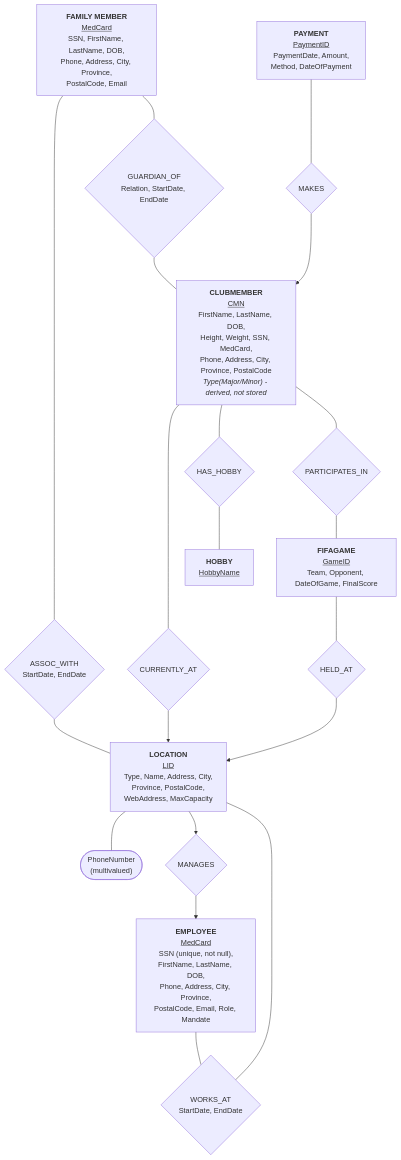
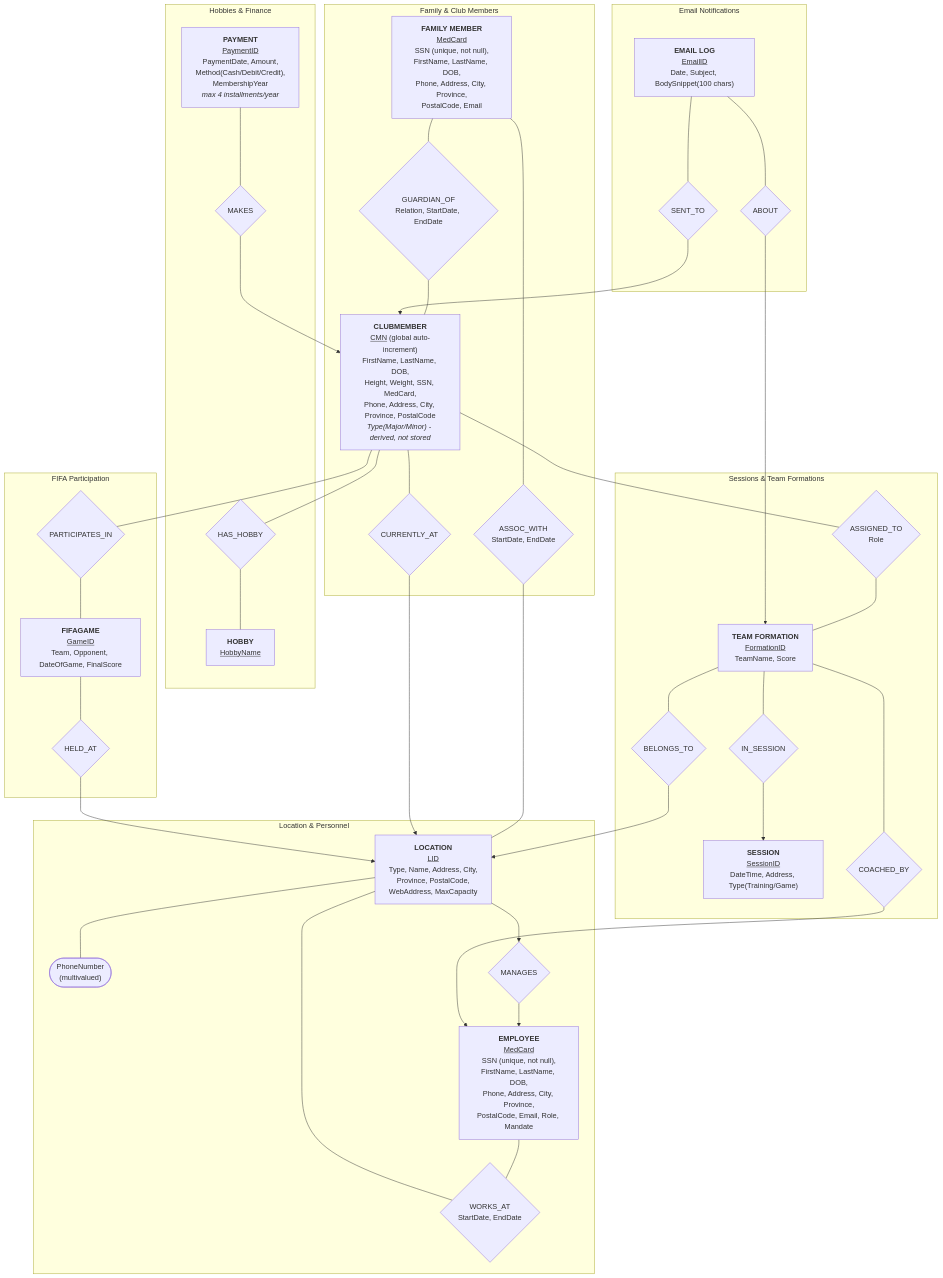
Before and after one commit to Ach57/cscs-db-353: the diagram in docs/CSCS-ER-Model.md, drawn with Mermaid. The commit also changed other lines of this file and 1 other file, not shown here.

Commit message:
Finalized new ER model and added all constraints that must be addressed. These constraints won't be applied just by using the ER Model, but will need to be taken into considerations in the schema creations/modifications.
What was added:
Email notification section:
- EMAIL LOG new entity
- TEAM FORMATION new entity
- SESSION new entity

````diff
--- a/docs/CSCS-ER-Model.md
+++ b/docs/CSCS-ER-Model.md
@@ -7,69 +5,91 @@
 ```mermaid
 flowchart TD
 
-%% ===== ENTITIES =====
+%% ===== LOCATION & PERSONNEL =====
+subgraph LOC_PERSONNEL["Location & Personnel"]
 LOCATION["<b>LOCATION</b><br/><u>LID</u><br/>Type, Name, Address, City,<br/>Province, PostalCode,<br/>WebAddress, MaxCapacity"]
 LOCPHONE(["PhoneNumber<br/>(multivalued)"])
-
 EMPLOYEE["<b>EMPLOYEE</b><br/><u>MedCard</u><br/>SSN (unique, not null),<br/>FirstName, LastName, DOB,<br/>Phone, Address, City, Province,<br/>PostalCode, Email, Role, Mandate"]
-
-MEMBER["<b>FAMILY MEMBER</b><br/><u>MedCard</u><br/>SSN, FirstName, LastName, DOB,<br/>Phone, Address, City, Province,<br/>PostalCode, Email"]
-
-CLUBMEMBER["<b>CLUBMEMBER</b><br/><u>CMN</u><br/>FirstName, LastName, DOB,<br/>Height, Weight, SSN, MedCard,<br/>Phone, Address, City, Province, PostalCode<br/><i>Type(Major/Minor) - derived, not stored</i>"]
-
-HOBBY["<b>HOBBY</b><br/><u>HobbyName</u>"]
-
-PAYMENT["<b>PAYMENT</b><br/><u>PaymentID</u><br/>PaymentDate, Amount,<br/>Method, DateOfPayment"]
-
-FIFAGAME["<b>FIFAGAME</b><br/><u>GameID</u><br/>Team, Opponent, DateOfGame, FinalScore"]
-
-%% ===== RELATIONSHIPS =====
 WORKS_AT{"WORKS_AT<br/>StartDate, EndDate"}
 MANAGES{"MANAGES"}
+end
+
+%% ===== FAMILY & CLUB MEMBERS =====
+subgraph FAMILY_CLUB["Family & Club Members"]
+MEMBER["<b>FAMILY MEMBER</b><br/><u>MedCard</u><br/>SSN (unique, not null),<br/>FirstName, LastName, DOB,<br/>Phone, Address, City, Province,<br/>PostalCode, Email"]
+CLUBMEMBER["<b>CLUBMEMBER</b><br/><u>CMN</u> (global auto-increment)<br/>FirstName, LastName, DOB,<br/>Height, Weight, SSN, MedCard,<br/>Phone, Address, City, Province, PostalCode<br/><i>Type(Major/Minor) - derived, not stored</i>"]
 ASSOC_LOC{"ASSOC_WITH<br/>StartDate, EndDate"}
 GUARDIAN{"GUARDIAN_OF<br/>Relation, StartDate, EndDate"}
 AT_LOC{"CURRENTLY_AT"}
+end
+
+%% ===== HOBBIES & FINANCE =====
+subgraph HOBBY_FIN["Hobbies & Finance"]
+HOBBY["<b>HOBBY</b><br/><u>HobbyName</u>"]
+PAYMENT["<b>PAYMENT</b><br/><u>PaymentID</u><br/>PaymentDate, Amount,<br/>Method(Cash/Debit/Credit),<br/>MembershipYear<br/><i>max 4 installments/year</i>"]
 HAS_HOBBY{"HAS_HOBBY"}
 MAKES{"MAKES"}
+end
+
+%% ===== FIFA =====
+subgraph FIFA["FIFA Participation"]
+FIFAGAME["<b>FIFAGAME</b><br/><u>GameID</u><br/>Team, Opponent, DateOfGame, FinalScore"]
 PARTICIPATES{"PARTICIPATES_IN"}
 HELD_AT{"HELD_AT"}
+end
 
-%% ===== EDGES: multivalued attr =====
+%% ===== SESSIONS & FORMATIONS =====
+subgraph SESSIONS["Sessions & Team Formations"]
+SESSION["<b>SESSION</b><br/><u>SessionID</u><br/>DateTime, Address, Type(Training/Game)"]
+TEAMFORMATION["<b>TEAM FORMATION</b><br/><u>FormationID</u><br/>TeamName, Score"]
+FORM_LOC{"BELONGS_TO"}
+FORM_SESSION{"IN_SESSION"}
+FORM_COACH{"COACHED_BY"}
+ASSIGNED{"ASSIGNED_TO<br/>Role"}
+end
+
+%% ===== EMAIL =====
+subgraph EMAIL["Email Notifications"]
+EMAILLOG["<b>EMAIL LOG</b><br/><u>EmailID</u><br/>Date, Subject, BodySnippet(100 chars)"]
+LOG_RECEIVER{"SENT_TO"}
+LOG_FORMATION{"ABOUT"}
+end
+
+%% ===== EDGES =====
 LOCATION --- LOCPHONE
-
-%% ===== EDGES: WORKS_AT (M:N, Employee<->Location over time) =====
 EMPLOYEE --- WORKS_AT
 WORKS_AT --- LOCATION
-
-%% ===== EDGES: MANAGES (1:1) =====
 LOCATION --> MANAGES
 MANAGES --> EMPLOYEE
 
-%% ===== EDGES: ASSOC_LOC (M:N, FamilyMember<->Location over time) =====
 MEMBER --- ASSOC_LOC
 ASSOC_LOC --- LOCATION
-
-%% ===== EDGES: GUARDIAN_OF (M:N, FamilyMember<->ClubMember over time) =====
 MEMBER --- GUARDIAN
 GUARDIAN --- CLUBMEMBER
-
-%% ===== EDGES: CURRENTLY_AT (N:1, ClubMember->Location, current only) =====
 CLUBMEMBER --- AT_LOC
 AT_LOC --> LOCATION
 
-%% ===== EDGES: HAS_HOBBY (M:N) =====
 CLUBMEMBER --- HAS_HOBBY
 HAS_HOBBY --- HOBBY
-
-%% ===== EDGES: MAKES (1:N, ClubMember->Payment) =====
 PAYMENT --- MAKES
 MAKES --> CLUBMEMBER
 
-%% ===== EDGES: PARTICIPATES_IN (M:N, ClubMember<->FIFAGame) =====
 CLUBMEMBER --- PARTICIPATES
 PARTICIPATES --- FIFAGAME
-
-%% ===== EDGES: HELD_AT (N:1, FIFAGame->Location) =====
 FIFAGAME --- HELD_AT
 HELD_AT --> LOCATION
+
+TEAMFORMATION --- FORM_LOC
+FORM_LOC --> LOCATION
+TEAMFORMATION --- FORM_SESSION
+FORM_SESSION --> SESSION
+TEAMFORMATION --- FORM_COACH
+FORM_COACH --> EMPLOYEE
+CLUBMEMBER --- ASSIGNED
+ASSIGNED --- TEAMFORMATION
+
+EMAILLOG --- LOG_RECEIVER
+LOG_RECEIVER --> CLUBMEMBER
+EMAILLOG --- LOG_FORMATION
+LOG_FORMATION --> TEAMFORMATION
 ```
````
